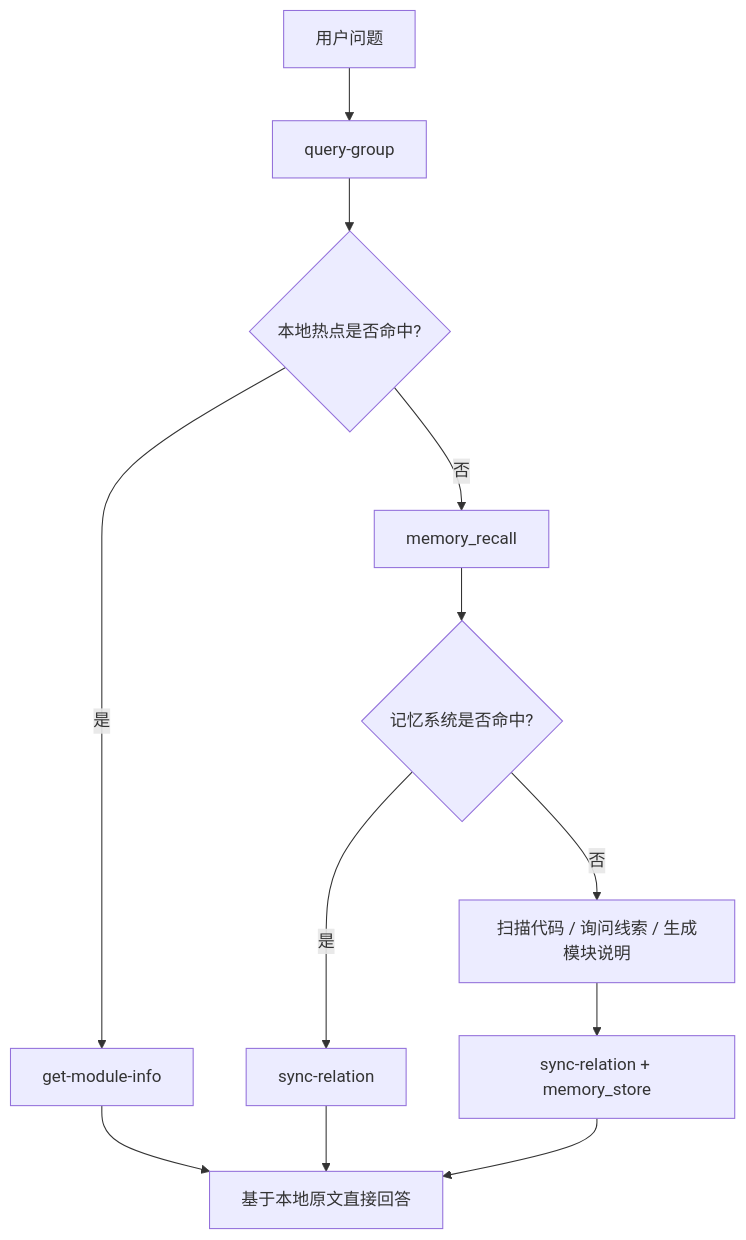
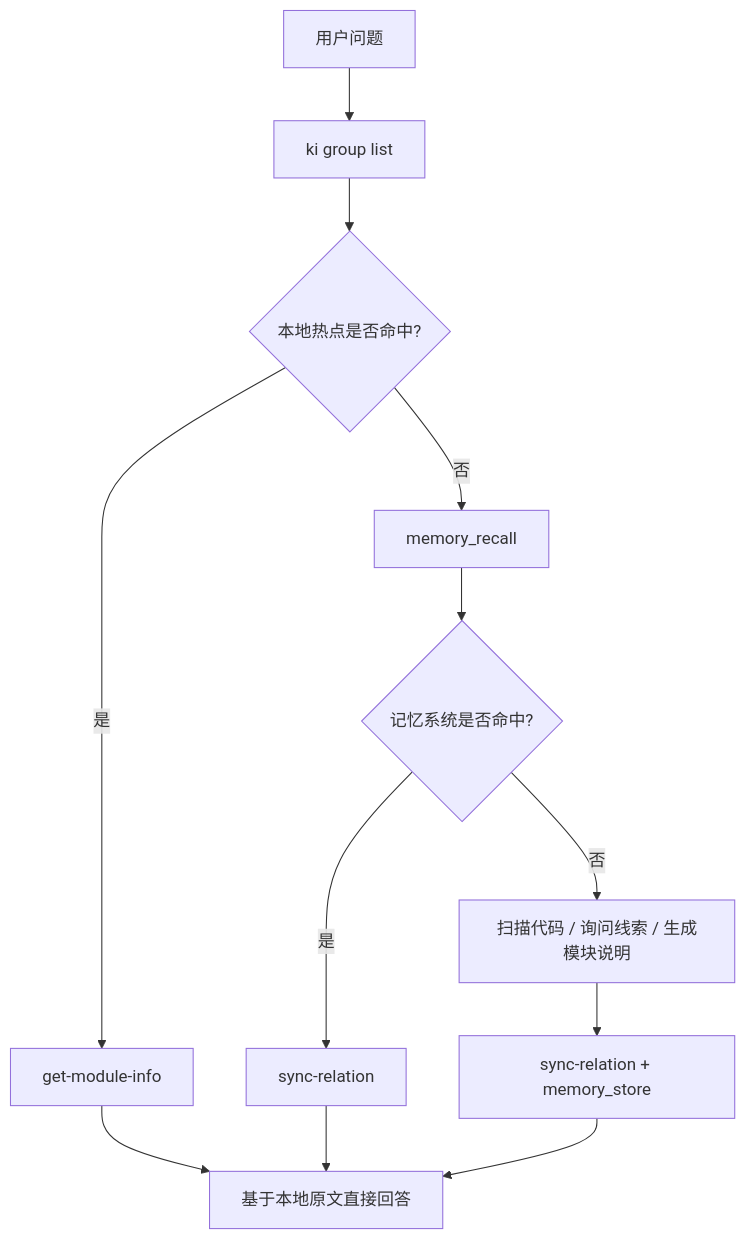
The diagram in docs/workflows.md (HACK-WU/kisearch), drawn with Mermaid before and after one commit. The commit also changed other lines of this file and 53 other files, not shown here.

First line of the commit message:
feat(group)!: 新增 ki group 命令族并下线 manage-index/query-group

````diff
--- a/docs/workflows.md
+++ b/docs/workflows.md
@@ -74,14 +67,14 @@
 ```mermaid
 flowchart TD
-    Q[用户问题] --> G[query-group]
+    Q[用户问题] --> G[ki group list]
     G --> H{本地热点是否命中?}
     H -- 是 --> M[get-module-info]
     M --> A[基于本地原文直接回答]
     H -- 否 --> R[memory_recall]
     R --> F{记忆系统是否命中?}
     F -- 是 --> S[sync-relation]
     S --> A
     F -- 否 --> C[扫描代码 / 询问线索 / 生成模块说明]
     C --> D[sync-relation + memory_store]
     D --> A
 ```
````
